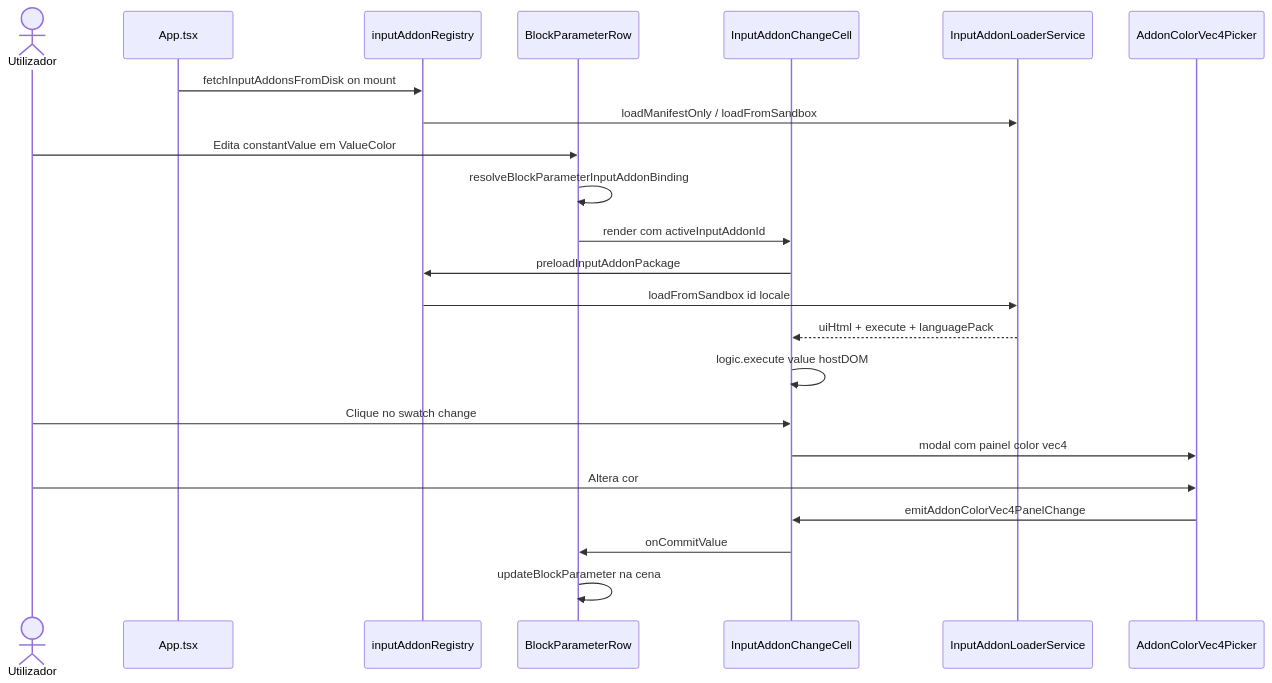
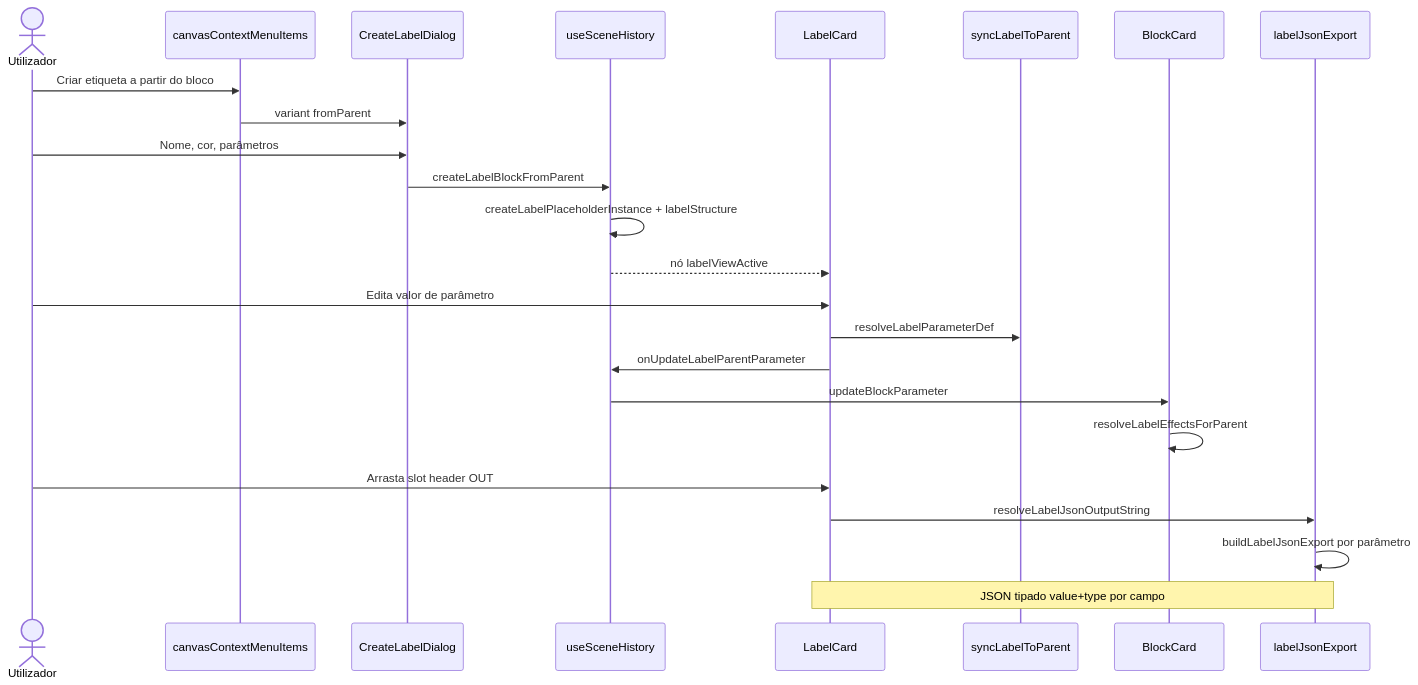
The second of 2 diagrams in README.md (JunioCesar96/Node-Graphs-League-of-Legends), drawn with Mermaid before and after one commit. The commit also changed other lines of this file and 331 other files, not shown here.

Commit message:
feat(label-block): etiquetas vinculadas, JSON export, persistência e addons auxiliares

````diff
--- a/README.md
+++ b/README.md
@@ -77,27 +74,29 @@
 ```mermaid
 sequenceDiagram
   actor U as Utilizador
-  participant App as App.tsx
-  participant Reg as inputAddonRegistry
-  participant Row as BlockParameterRow
-  participant Cell as InputAddonChangeCell
-  participant Ldr as InputAddonLoaderService
-  participant Picker as AddonColorVec4Picker
+  participant Menu as canvasContextMenuItems
+  participant Dlg as CreateLabelDialog
+  participant Hist as useSceneHistory
+  participant LC as LabelCard
+  participant Sync as syncLabelToParent
+  participant Parent as BlockCard
+  participant Exp as labelJsonExport
 
-  App->>Reg: fetchInputAddonsFromDisk on mount
-  Reg->>Ldr: loadManifestOnly / loadFromSandbox
+  U->>Menu: Criar etiqueta a partir do bloco
+  Menu->>Dlg: variant fromParent
+  U->>Dlg: Nome, cor, parâmetros
+  Dlg->>Hist: createLabelBlockFromParent
+  Hist->>Hist: createLabelPlaceholderInstance + labelStructure
+  Hist-->>LC: nó labelViewActive
 
-  U->>Row: Edita constantValue em ValueColor
-  Row->>Row: resolveBlockParameterInputAddonBinding
-  Row->>Cell: render com activeInputAddonId
-  Cell->>Reg: preloadInputAddonPackage
-  Reg->>Ldr: loadFromSandbox id locale
-  Ldr-->>Cell: uiHtml + execute + languagePack
-  Cell->>Cell: logic.execute value hostDOM
-  U->>Cell: Clique no swatch change
-  Cell->>Picker: modal com painel color vec4
-  U->>Picker: Altera cor
-  Picker->>Cell: emitAddonColorVec4PanelChange
-  Cell->>Row: onCommitValue
-  Row->>Row: updateBlockParameter na cena
+  U->>LC: Edita valor de parâmetro
+  LC->>Sync: resolveLabelParameterDef
+  LC->>Hist: onUpdateLabelParentParameter
+  Hist->>Parent: updateBlockParameter
+  Parent->>Parent: resolveLabelEffectsForParent
+
+  U->>LC: Arrasta slot header OUT
+  LC->>Exp: resolveLabelJsonOutputString
+  Exp->>Exp: buildLabelJsonExport por parâmetro
+  Note over LC,Exp: JSON tipado value+type por campo
 ```
````
